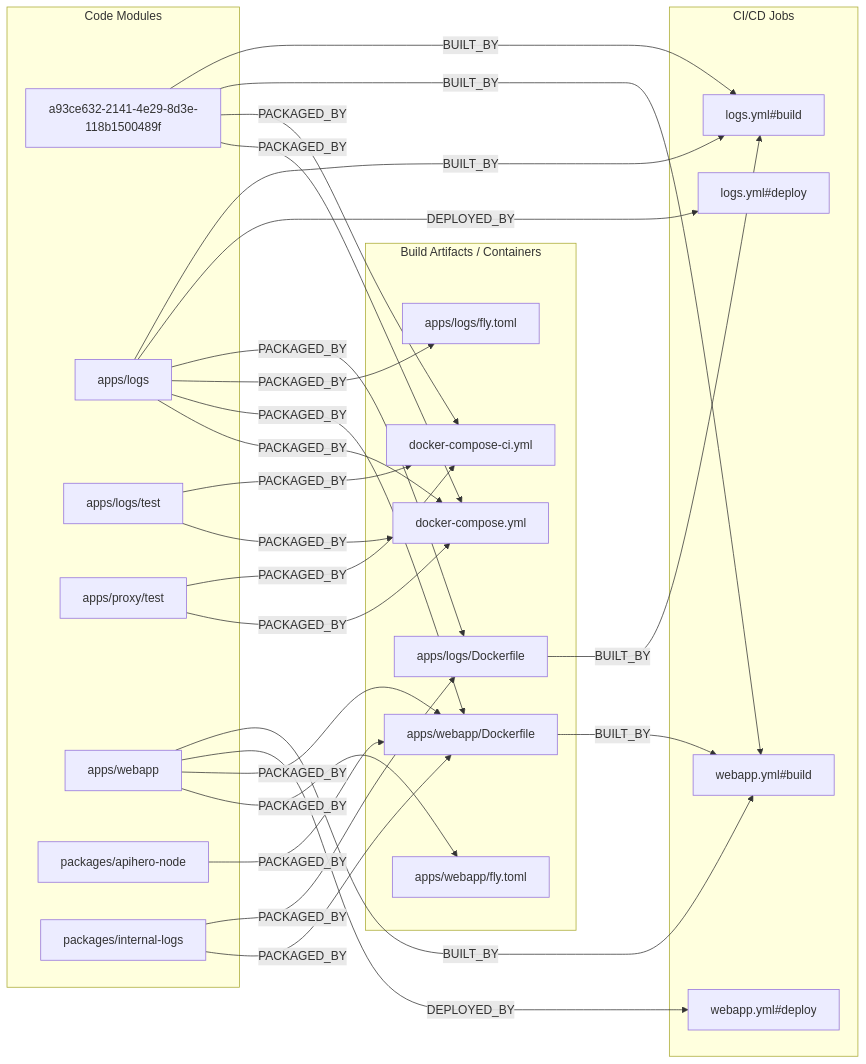
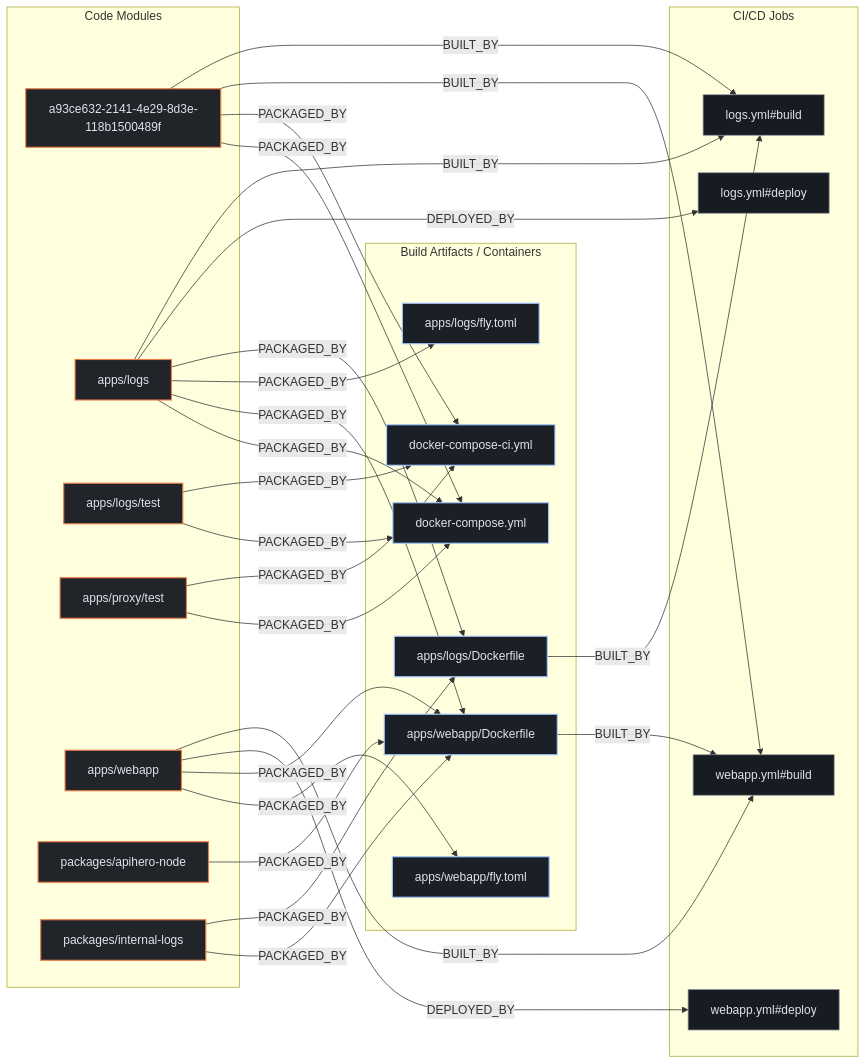
Before and after one commit to kumarshaz/atruss-code-atlas: the second of 3 diagrams in exports/latest/reports/triggerdotdev-apihero-report.md, drawn with Mermaid. The commit also changed other lines of this file and 331 other files, not shown here.

Commit message:
docs,ui,fix: update SDLC docs, reorder CI/CD DAG first, stylize Mermaid, and fix Arc42 pipeline topology

````diff
--- a/exports/latest/reports/triggerdotdev-apihero-report.md
+++ b/exports/latest/reports/triggerdotdev-apihero-report.md
@@ -227,49 +234,53 @@
 ```mermaid
 flowchart LR
+    classDef atlasCategory fill:#212428,stroke:#E87A48,stroke-width:1.5px,color:#dfe3eb
+    classDef atlasWorkflow fill:#1b2026,stroke:#a3c9ff,stroke-width:1.5px,color:#dfe3eb
+    classDef atlasJob fill:#171c22,stroke:#8d9199,stroke-width:1px,color:#dfe3eb
+    classDef atlasTarget fill:#005227,stroke:#8bd99b,stroke-width:1.5px,color:#a7f6b6
     subgraph code_modules["Code Modules"]
-        mod_a93ce632_2141_4e29_8d3e_118b1500489f["a93ce632-2141-4e29-8d3e-118b1500489f"]
-        mod_apps_logs["apps/logs"]
-        mod_apps_logs_test["apps/logs/test"]
-        mod_apps_proxy_test["apps/proxy/test"]
-        mod_apps_webapp["apps/webapp"]
-        mod_packages_apihero_node["packages/apihero-node"]
-        mod_packages_internal_logs["packages/internal-logs"]
+        mod_a93ce632_2141_4e29_8d3e_118b1500489f["a93ce632-2141-4e29-8d3e-118b1500489f"]:::atlasCategory
+        mod_apps_logs["apps/logs"]:::atlasCategory
+        mod_apps_logs_test["apps/logs/test"]:::atlasCategory
+        mod_apps_proxy_test["apps/proxy/test"]:::atlasCategory
+        mod_apps_webapp["apps/webapp"]:::atlasCategory
+        mod_packages_apihero_node["packages/apihero-node"]:::atlasCategory
+        mod_packages_internal_logs["packages/internal-logs"]:::atlasCategory
     end
     subgraph build_artifacts["Build Artifacts / Containers"]
-        art_apps_logs_Dockerfile["apps/logs/Dockerfile"]
-        art_apps_logs_fly_toml["apps/logs/fly.toml"]
-        art_apps_webapp_Dockerfile["apps/webapp/Dockerfile"]
-        art_apps_webapp_fly_toml["apps/webapp/fly.toml"]
-        art_docker_compose_ci_yml["docker-compose-ci.yml"]
-        art_docker_compose_yml["docker-compose.yml"]
+        art_apps_logs_Dockerfile["apps/logs/Dockerfile"]:::atlasWorkflow
+        art_apps_logs_fly_toml["apps/logs/fly.toml"]:::atlasWorkflow
+        art_apps_webapp_Dockerfile["apps/webapp/Dockerfile"]:::atlasWorkflow
+        art_apps_webapp_fly_toml["apps/webapp/fly.toml"]:::atlasWorkflow
+        art_docker_compose_ci_yml["docker-compose-ci.yml"]:::atlasWorkflow
+        art_docker_compose_yml["docker-compose.yml"]:::atlasWorkflow
     end
     subgraph ci_jobs["CI/CD Jobs"]
-        job_logs_yml_build["logs.yml#build"]
-        job_logs_yml_deploy["logs.yml#deploy"]
-        job_webapp_yml_build["webapp.yml#build"]
-        job_webapp_yml_deploy["webapp.yml#deploy"]
+        job_logs_yml_build["logs.yml#build"]:::atlasJob
+        job_logs_yml_deploy["logs.yml#deploy"]:::atlasJob
+        job_webapp_yml_build["webapp.yml#build"]:::atlasJob
+        job_webapp_yml_deploy["webapp.yml#deploy"]:::atlasJob
     end
     mod_a93ce632_2141_4e29_8d3e_118b1500489f -->|BUILT_BY| job_logs_yml_build
     mod_a93ce632_2141_4e29_8d3e_118b1500489f -->|BUILT_BY| job_webapp_yml_build
     mod_a93ce632_2141_4e29_8d3e_118b1500489f -->|PACKAGED_BY| art_docker_compose_ci_yml
     mod_a93ce632_2141_4e29_8d3e_118b1500489f -->|PACKAGED_BY| art_docker_compose_yml
     mod_apps_logs -->|BUILT_BY| job_logs_yml_build
     mod_apps_logs -->|DEPLOYED_BY| job_logs_yml_deploy
     mod_apps_logs -->|PACKAGED_BY| art_apps_logs_Dockerfile
     mod_apps_logs -->|PACKAGED_BY| art_apps_logs_fly_toml
     mod_apps_logs -->|PACKAGED_BY| art_apps_webapp_Dockerfile
     mod_apps_logs -->|PACKAGED_BY| art_docker_compose_yml
     mod_apps_logs_test -->|PACKAGED_BY| art_docker_compose_ci_yml
     mod_apps_logs_test -->|PACKAGED_BY| art_docker_compose_yml
     mod_apps_proxy_test -->|PACKAGED_BY| art_docker_compose_ci_yml
     mod_apps_proxy_test -->|PACKAGED_BY| art_docker_compose_yml
     mod_apps_webapp -->|BUILT_BY| job_webapp_yml_build
     mod_apps_webapp -->|DEPLOYED_BY| job_webapp_yml_deploy
     mod_apps_webapp -->|PACKAGED_BY| art_apps_webapp_Dockerfile
     mod_apps_webapp -->|PACKAGED_BY| art_apps_webapp_fly_toml
     mod_packages_apihero_node -->|PACKAGED_BY| art_apps_webapp_Dockerfile
     mod_packages_internal_logs -->|PACKAGED_BY| art_apps_logs_Dockerfile
     mod_packages_internal_logs -->|PACKAGED_BY| art_apps_webapp_Dockerfile
     art_apps_logs_Dockerfile -->|BUILT_BY| job_logs_yml_build
     art_apps_webapp_Dockerfile -->|BUILT_BY| job_webapp_yml_build
 ```
````
